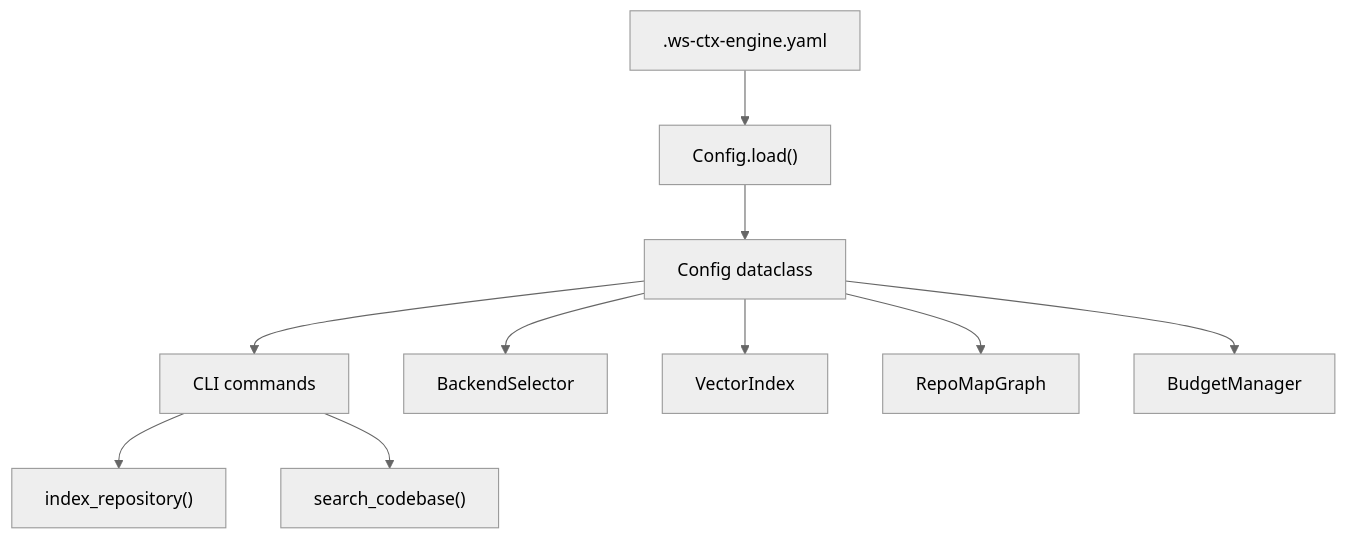
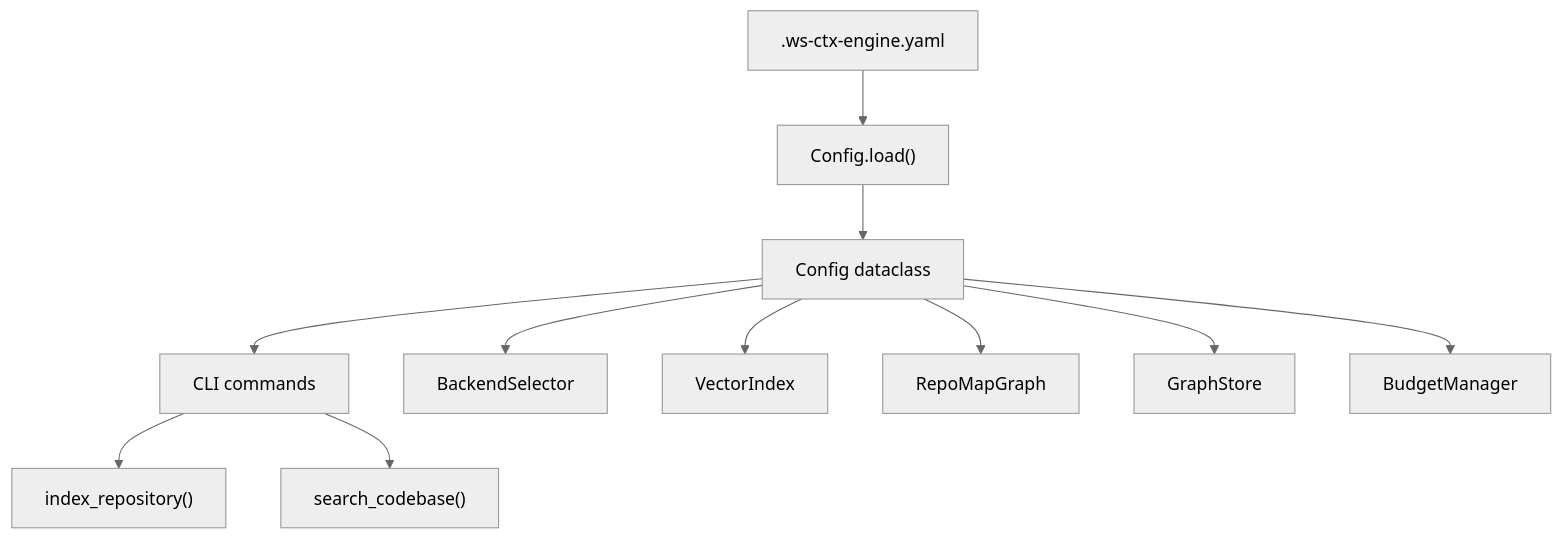
One commit to maemreyo/zmr-ctx-paker changed the first of 6 diagrams in .qoder/repowiki/en/content/Configuration Management.md. Above: the diagram before and after it, drawn with Mermaid (neutral theme). The commit also changed other lines of this file and 25 other files, not shown here.

````diff
--- a/.qoder/repowiki/en/content/Configuration Management.md
+++ b/.qoder/repowiki/en/content/Configuration Management.md
@@ -38,12 +54,13 @@
 ```mermaid
 graph TB
 A[".ws-ctx-engine.yaml"] --> B["Config.load()"]
 B --> C["Config dataclass"]
 C --> D["CLI commands"]
 C --> E["BackendSelector"]
 C --> F["VectorIndex"]
 C --> G["RepoMapGraph"]
-C --> H["BudgetManager"]
-D --> I["index_repository()"]
-D --> J["search_codebase()"]
+C --> H["GraphStore"]
+C --> I["BudgetManager"]
+D --> J["index_repository()"]
+D --> K["search_codebase()"]
 ```
````
